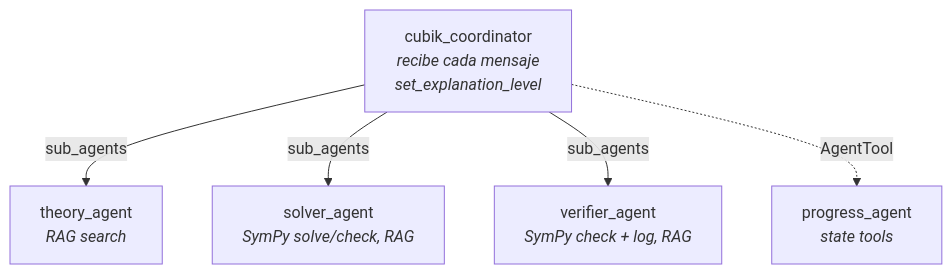
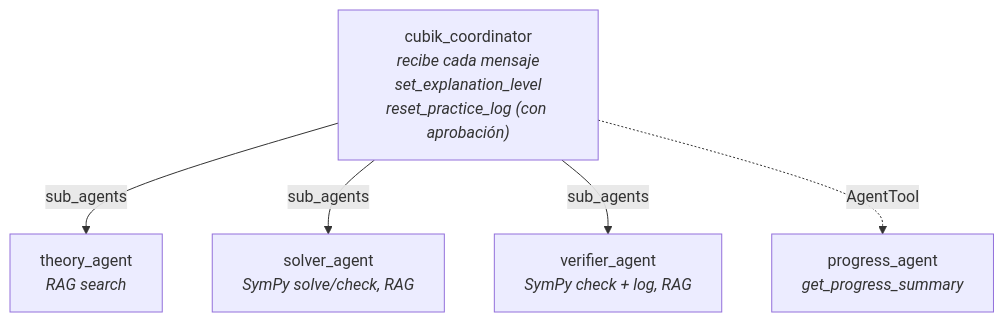
Before and after one commit to JulianGuardian/Cubik-Lite: the diagram in docs/es/multi_agent_design.md, drawn with Mermaid. The commit also changed other lines of this file and 11 other files, not shown here.

````diff
--- a/docs/es/multi_agent_design.md
+++ b/docs/es/multi_agent_design.md
@@ -88,14 +89,14 @@
 ```mermaid
 flowchart TD
-    coord["cubik_coordinator<br/><i>recibe cada mensaje<br/>set_explanation_level</i>"]
+    coord["cubik_coordinator<br/><i>recibe cada mensaje<br/>set_explanation_level<br/>reset_practice_log (con aprobación)</i>"]
 
     theory["theory_agent<br/><i>RAG search</i>"]
     solver["solver_agent<br/><i>SymPy solve/check, RAG</i>"]
     verifier["verifier_agent<br/><i>SymPy check + log, RAG</i>"]
-    progress["progress_agent<br/><i>state tools</i>"]
+    progress["progress_agent<br/><i>get_progress_summary</i>"]
 
     coord -->|sub_agents| theory
     coord -->|sub_agents| solver
     coord -->|sub_agents| verifier
     coord -.->|AgentTool| progress
 ```
````
